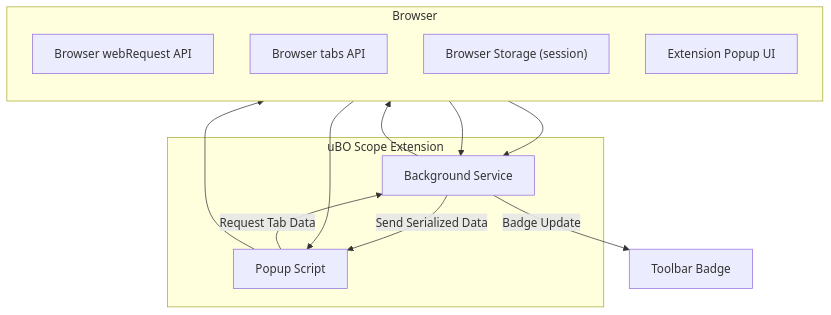
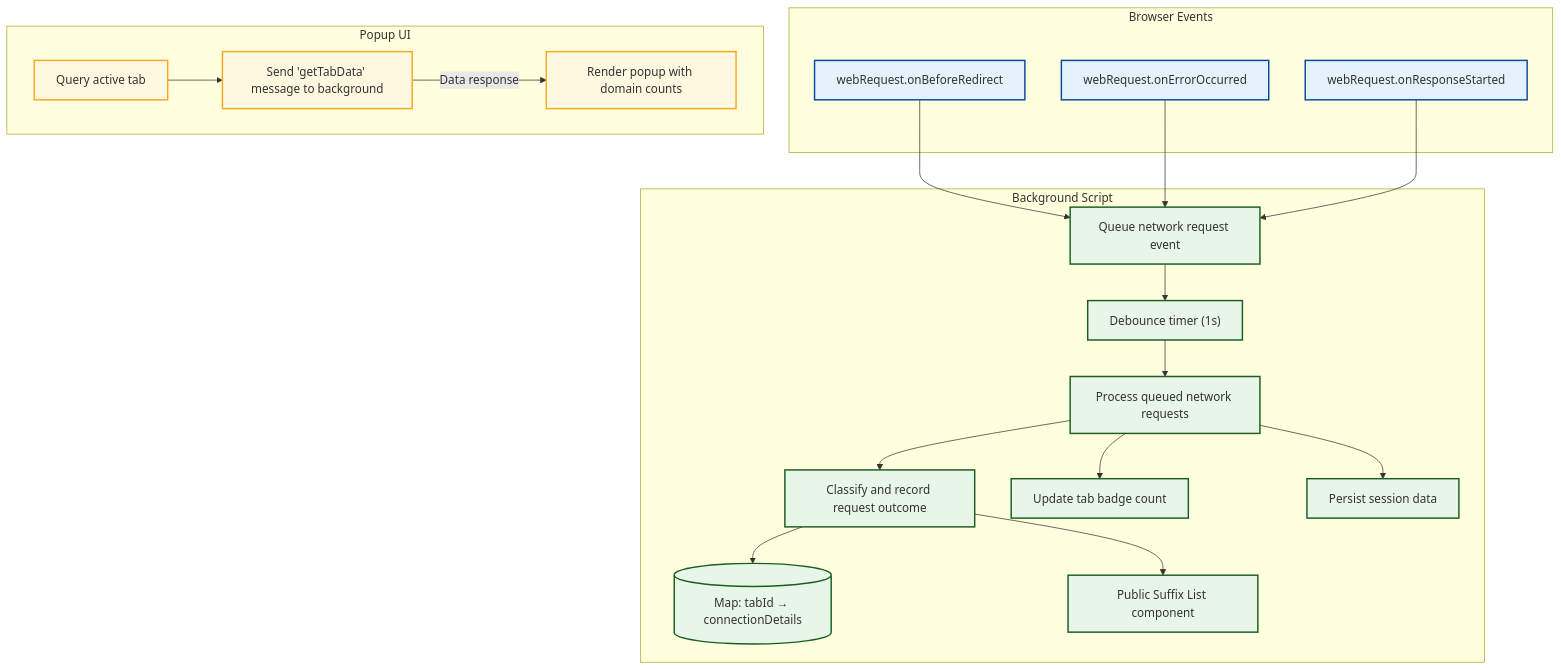
One commit to clidey/docucod-public-project-adf15a81-508f-4f0d-9083-12549e1f66a0 changed the diagram in overview/architecture-concepts/system-architecture.mdx. Above: the diagram before and after it, drawn with Mermaid. The commit also changed other lines of this file and 12 other files, not shown here.

````diff
--- a/overview/architecture-concepts/system-architecture.mdx
+++ b/overview/architecture-concepts/system-architecture.mdx
@@ -61,29 +61,48 @@
 ```mermaid
 flowchart TD
 
-  subgraph Browser
-    direction TB
-    NETAPI["Browser webRequest API"]
-    TABAPI["Browser tabs API"]
-    STORAGE["Browser Storage (session)"]
-    UI["Extension Popup UI"]
-  end
+    subgraph Browser Events
+      WRBeforeRedirect["webRequest.onBeforeRedirect"]
+      WRError["webRequest.onErrorOccurred"]
+      WRResponse["webRequest.onResponseStarted"]
+    end
 
-  subgraph Extension["uBO Scope Extension"]
-    BG["Background Service"]
-    POPUP["Popup Script"]
-  end
+    subgraph Background Script
+      QueueReq["Queue network request event"]
+      Timer["Debounce timer (1s)"]
+      ProcessJournal["Process queued network requests"]
+      RecordOutcome["Classify and record request outcome"]
+      UpdateBadge["Update tab badge count"]
+      SaveSession["Persist session data"]
+      TabDetailsMap[("Map: tabId → connectionDetails")]
+      PublicSuffixList["Public Suffix List component"]
+    end
 
-  NETAPI --> BG
-  TABAPI --> BG
-  BG --> STORAGE
-  BG -->|Badge Update| BrowserAction["Toolbar Badge"]
-  UI --> POPUP
-  POPUP -->|Request Tab Data| BG
-  BG -->|Send Serialized Data| POPUP
-  POPUP --> UI
+    subgraph Popup UI
+      TabQuery["Query active tab"]
+      MsgGetData["Send 'getTabData' message to background"]
+      RenderPanel["Render popup with domain counts"]
+    end
 
-  classDef external fill:#f9f,stroke:#333,stroke-width:1px;
-  class Extension fill:#bbf,stroke:#333,stroke-width:1px;
-  class Browser fill:#eee,stroke:#333,stroke-width:1px;
+    WRBeforeRedirect --> QueueReq
+    WRError --> QueueReq
+    WRResponse --> QueueReq
+    QueueReq --> Timer
+    Timer --> ProcessJournal
+    ProcessJournal --> RecordOutcome --> TabDetailsMap
+    RecordOutcome --> PublicSuffixList
+    ProcessJournal --> UpdateBadge
+    ProcessJournal --> SaveSession
+
+    TabQuery --> MsgGetData
+    MsgGetData -->|Data response| RenderPanel
+
+    classDef event fill:#e3f2fd,stroke:#0d47a1,stroke-width:2px;
+    class WRBeforeRedirect,WRError,WRResponse event;
+  
+    classDef background fill:#e8f5e9,stroke:#1b5e20,stroke-width:2px;
+    class QueueReq,Timer,ProcessJournal,RecordOutcome,UpdateBadge,SaveSession,TabDetailsMap,PublicSuffixList background;
+  
+    classDef popup fill:#fff8e1,stroke:#f9a825,stroke-width:2px;
+    class TabQuery,MsgGetData,RenderPanel popup;
 ```
````
